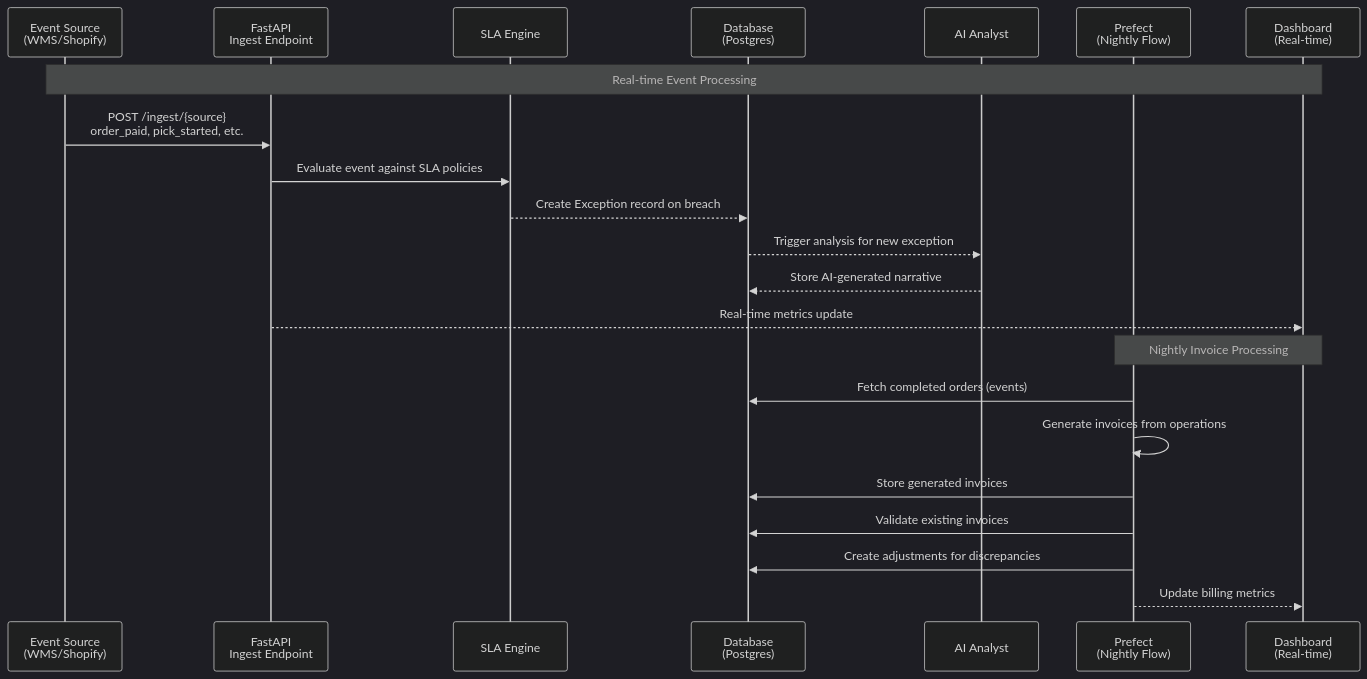
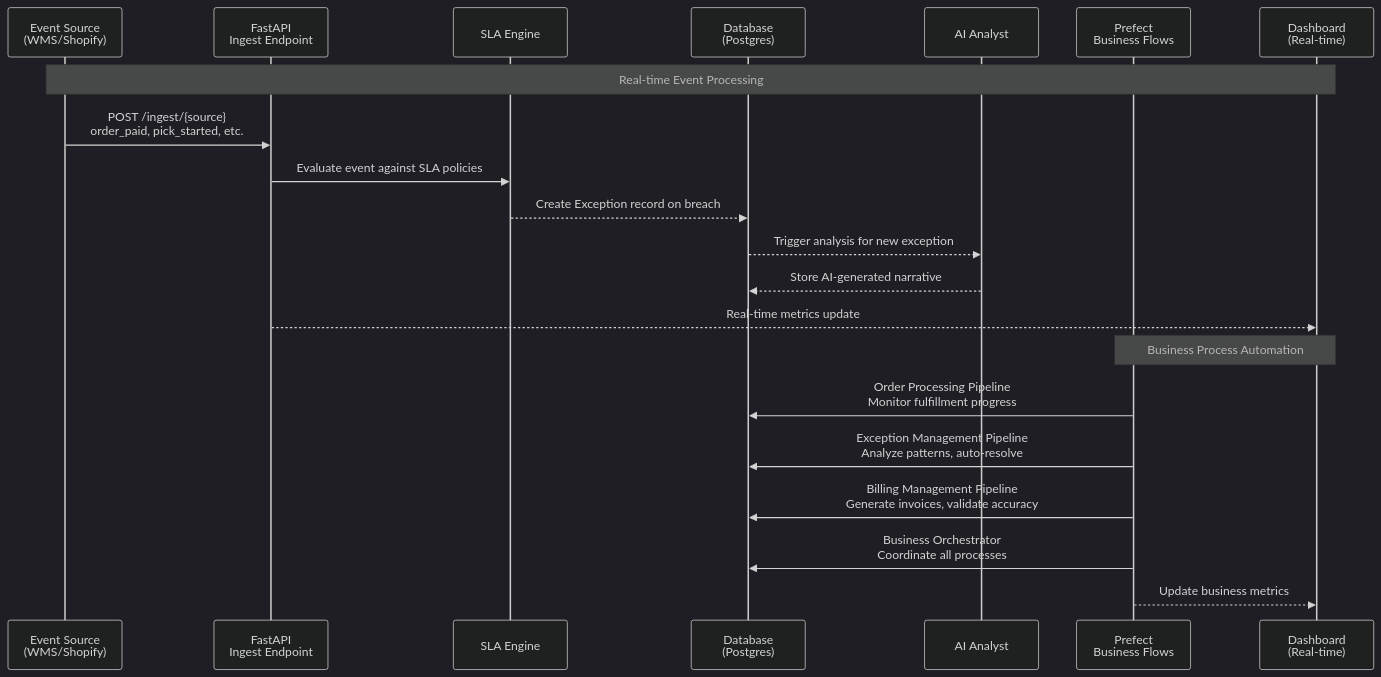
The third of 4 diagrams in README.md (chernistry/e2a), drawn with Mermaid (dark theme) before and after one commit. The commit also changed other lines of this file and 1 other file, not shown here.

````diff
--- a/README.md
+++ b/README.md
@@ -231,26 +264,25 @@
 ```mermaid
 sequenceDiagram
     participant Source as Event Source<br/>(WMS/Shopify)
     participant API as FastAPI<br/>Ingest Endpoint
     participant SLA as SLA Engine
     participant DB as Database<br/>(Postgres)
     participant AI as AI Analyst
-    participant Prefect as Prefect<br/>(Nightly Flow)
+    participant Prefect as Prefect<br/>Business Flows
     participant Dashboard as Dashboard<br/>(Real-time)
 
     Note over Source,Dashboard: Real-time Event Processing
     Source->>API: POST /ingest/{source}<br/>order_paid, pick_started, etc.
     API->>SLA: Evaluate event against SLA policies
     SLA-->>DB: Create Exception record on breach
     DB-->>AI: Trigger analysis for new exception
     AI-->>DB: Store AI-generated narrative
     API-->>Dashboard: Real-time metrics update
     
-    Note over Prefect,Dashboard: Nightly Invoice Processing
-    Prefect->>DB: Fetch completed orders (events)
-    Prefect->>Prefect: Generate invoices from operations
-    Prefect->>DB: Store generated invoices
-    Prefect->>DB: Validate existing invoices
-    Prefect->>DB: Create adjustments for discrepancies
-    Prefect-->>Dashboard: Update billing metrics
+    Note over Prefect,Dashboard: Business Process Automation
+    Prefect->>DB: Order Processing Pipeline<br/>Monitor fulfillment progress
+    Prefect->>DB: Exception Management Pipeline<br/>Analyze patterns, auto-resolve
+    Prefect->>DB: Billing Management Pipeline<br/>Generate invoices, validate accuracy
+    Prefect->>DB: Business Orchestrator<br/>Coordinate all processes
+    Prefect-->>Dashboard: Update business metrics
 ```
````
